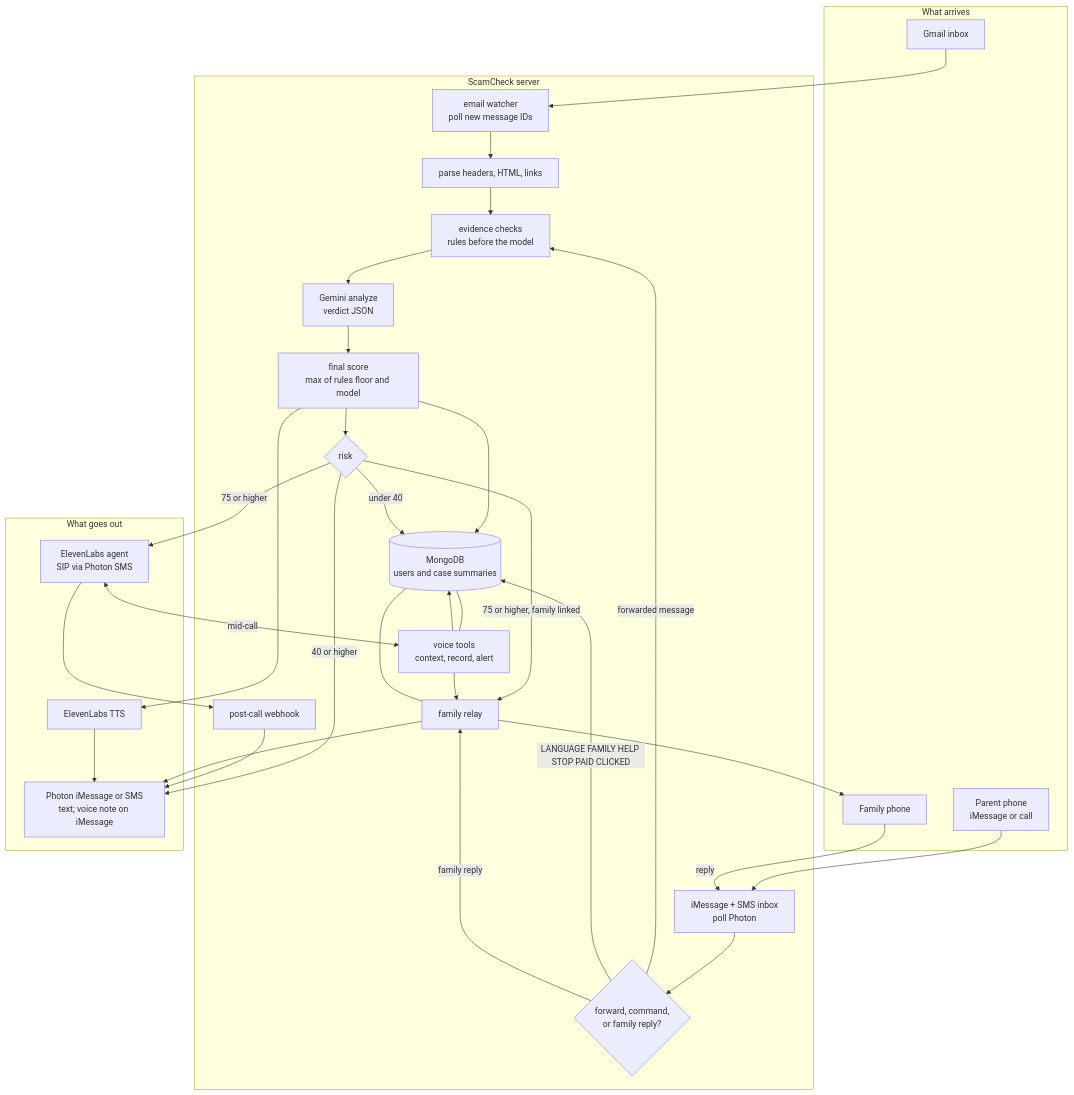
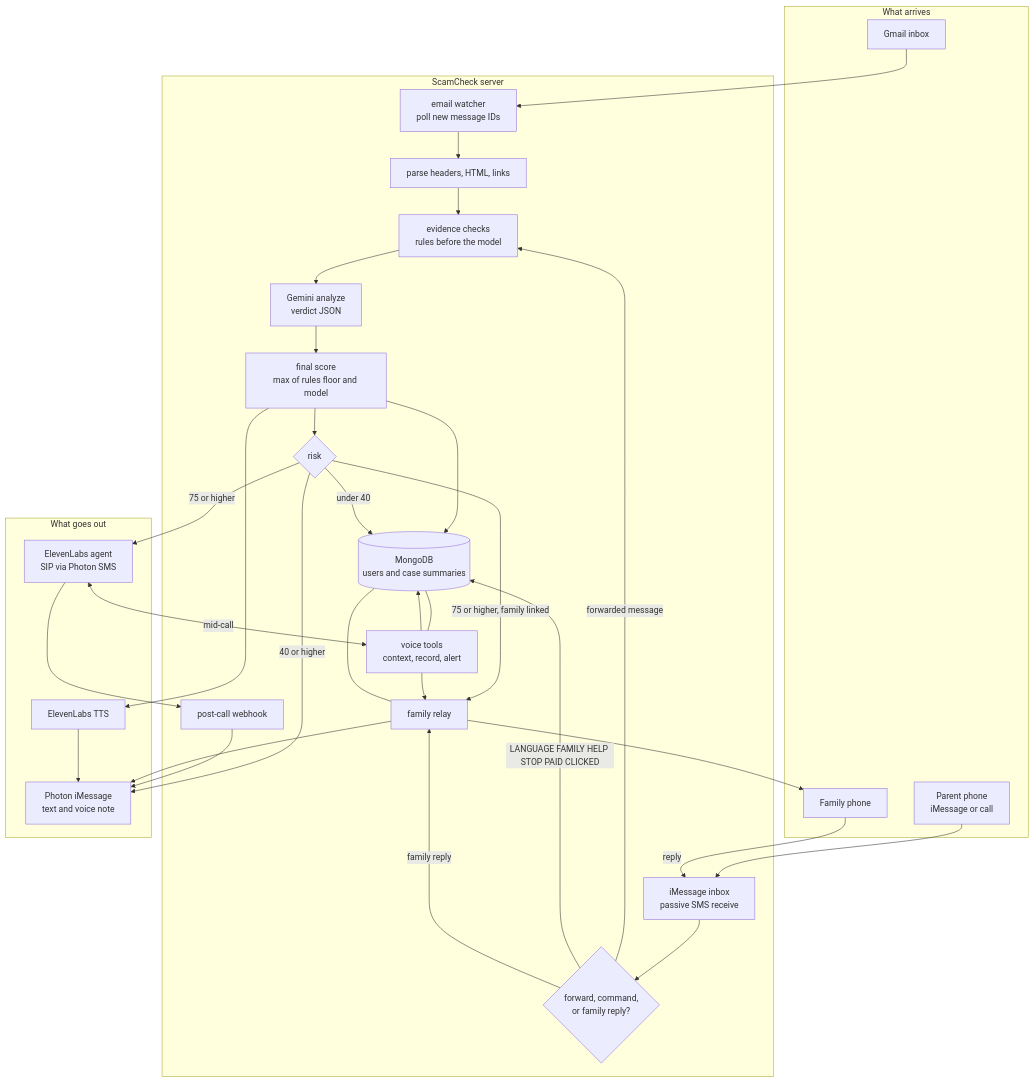
Before and after one commit to aryank09/ScamCheck: the diagram in README.md, drawn with Mermaid. The commit also changed other lines of this file and 18 other files, not shown here.

First line of the commit message:
Send user-facing texts on iMessage, not SMS.

````diff
--- a/README.md
+++ b/README.md
@@ -29,52 +29,52 @@
 ```mermaid
 flowchart TB
   subgraph in ["What arrives"]
     Gmail["Gmail inbox"]
     Parent["Parent phone<br/>iMessage or call"]
     FamilyPhone["Family phone"]
   end
 
   subgraph server ["ScamCheck server"]
     Watcher["email watcher<br/>poll new message IDs"]
     Parse["parse headers, HTML, links"]
-    Inbox["iMessage + SMS inbox<br/>poll Photon"]
+    Inbox["iMessage inbox<br/>passive SMS receive"]
     Route{"forward, command,<br/>or family reply?"}
     Evidence["evidence checks<br/>rules before the model"]
     Analyze["Gemini analyze<br/>verdict JSON"]
     Score["final score<br/>max of rules floor and model"]
     Cases[("MongoDB<br/>users and case summaries")]
     Notify{"risk"}
     Relay["family relay"]
     Tools["voice tools<br/>context, record, alert"]
     PostCall["post-call webhook"]
   end
 
   subgraph out ["What goes out"]
-    Text["Photon iMessage or SMS<br/>text; voice note on iMessage"]
+    Text["Photon iMessage<br/>text and voice note"]
     Call["ElevenLabs agent<br/>SIP via Photon SMS"]
     TTS["ElevenLabs TTS"]
   end
 
   Gmail --> Watcher --> Parse --> Evidence
   Parent --> Inbox --> Route
   Route -->|forwarded message| Evidence
   Route -->|LANGUAGE FAMILY HELP STOP PAID CLICKED| Cases
   Evidence --> Analyze --> Score --> Cases
   Score --> Notify
   Notify -->|"75 or higher"| Call
   Notify -->|"40 or higher"| Text
   Notify -->|"75 or higher, family linked"| Relay
   Notify -->|"under 40"| Cases
   TTS --> Text
   Score --> TTS
   Call <-->|"mid-call"| Tools
   Tools --> Cases
   Tools --> Relay
   Call --> PostCall --> Text
   Relay --> FamilyPhone
   FamilyPhone -->|reply| Inbox
   Route -->|family reply| Relay
   Relay --> Text
   Cases --- Tools
   Cases --- Relay
 ```
````
